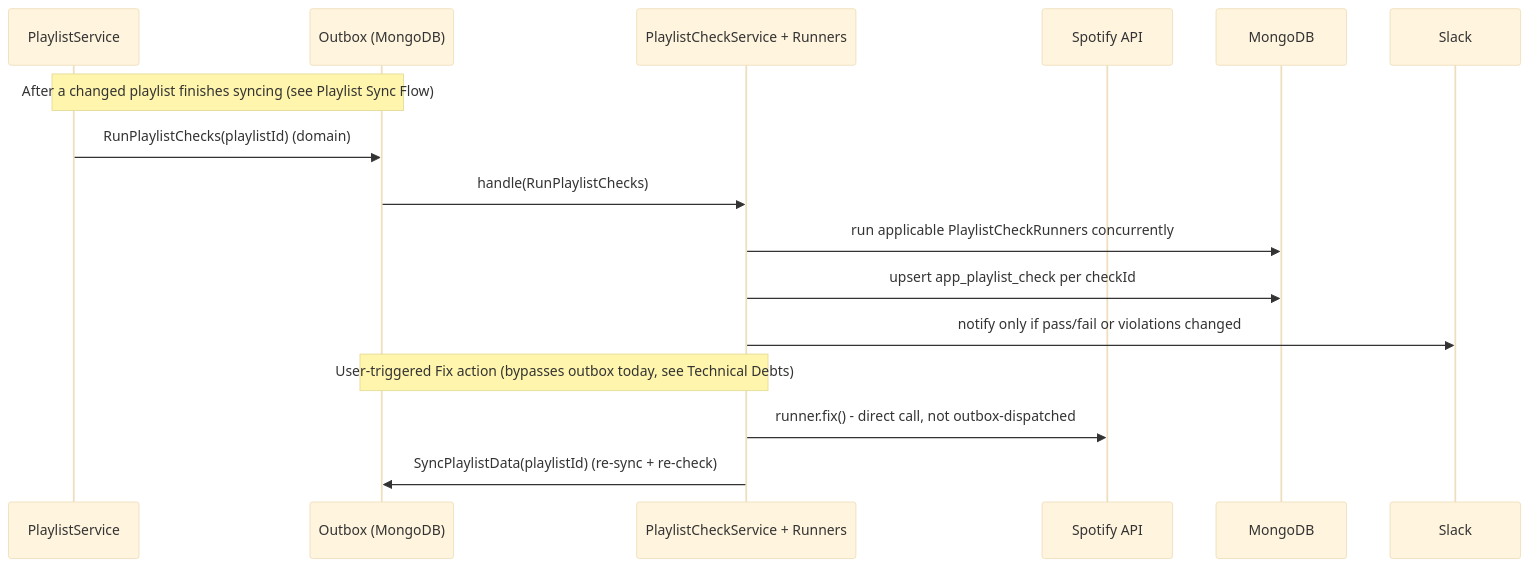
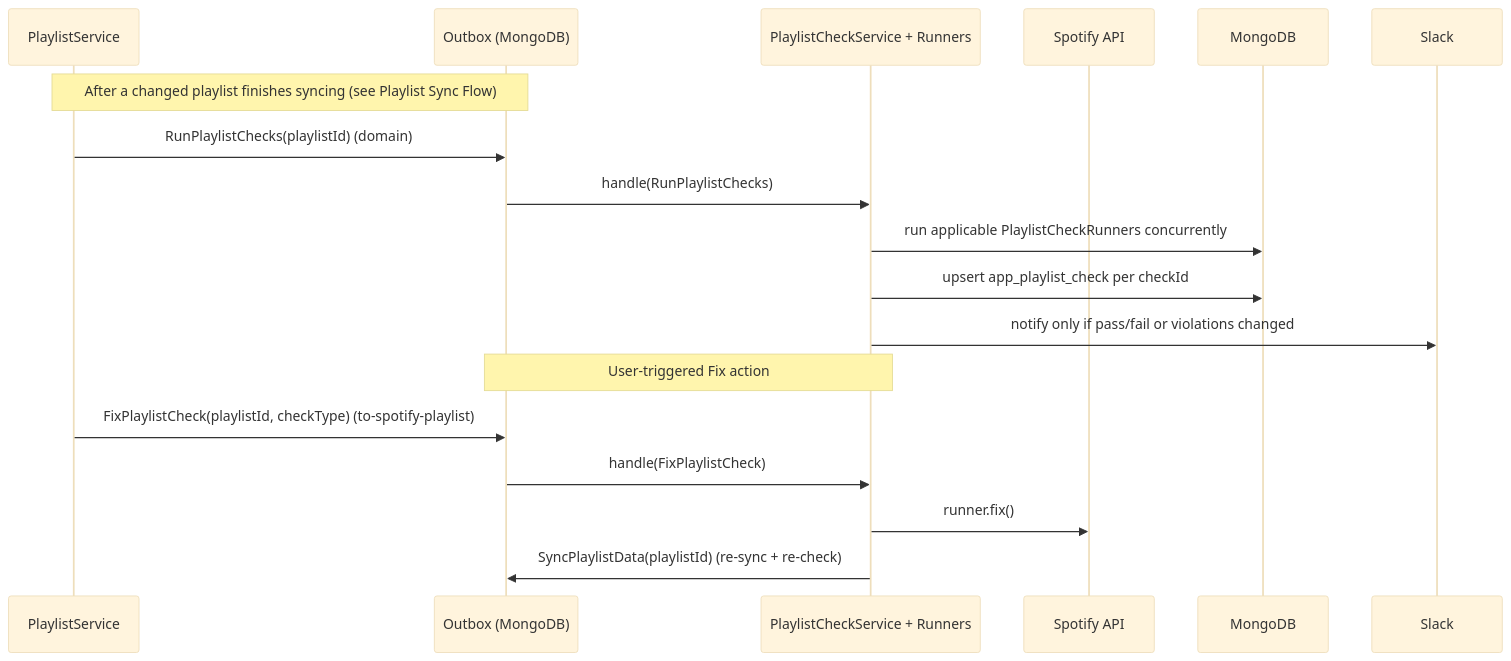
One commit to christiangroth/spotify-control changed the sixth of 8 diagrams in docs/arc42/arc42.md. Above: the diagram before and after it, drawn with Mermaid (base theme). The commit also changed other lines of this file and 9 other files, not shown here.

````diff
--- a/docs/arc42/arc42.md
+++ b/docs/arc42/arc42.md
@@ -367,20 +367,22 @@
 ```mermaid
 sequenceDiagram
     participant PL as PlaylistService
     participant Outbox as Outbox (MongoDB)
     participant Check as PlaylistCheckService + Runners
     participant Spotify as Spotify API
     participant Mongo as MongoDB
     participant Slack as Slack
 
     Note over PL,Outbox: After a changed playlist finishes syncing (see Playlist Sync Flow)
     PL->>Outbox: RunPlaylistChecks(playlistId) (domain)
     Outbox->>Check: handle(RunPlaylistChecks)
     Check->>Mongo: run applicable PlaylistCheckRunners concurrently
     Check->>Mongo: upsert app_playlist_check per checkId
     Check->>Slack: notify only if pass/fail or violations changed
 
-    Note over Check,Outbox: User-triggered Fix action (bypasses outbox today, see Technical Debts)
-    Check->>Spotify: runner.fix() - direct call, not outbox-dispatched
+    Note over Check,Outbox: User-triggered Fix action
+    PL->>Outbox: FixPlaylistCheck(playlistId, checkType) (to-spotify-playlist)
+    Outbox->>Check: handle(FixPlaylistCheck)
+    Check->>Spotify: runner.fix()
     Check->>Outbox: SyncPlaylistData(playlistId) (re-sync + re-check)
 ```
````
